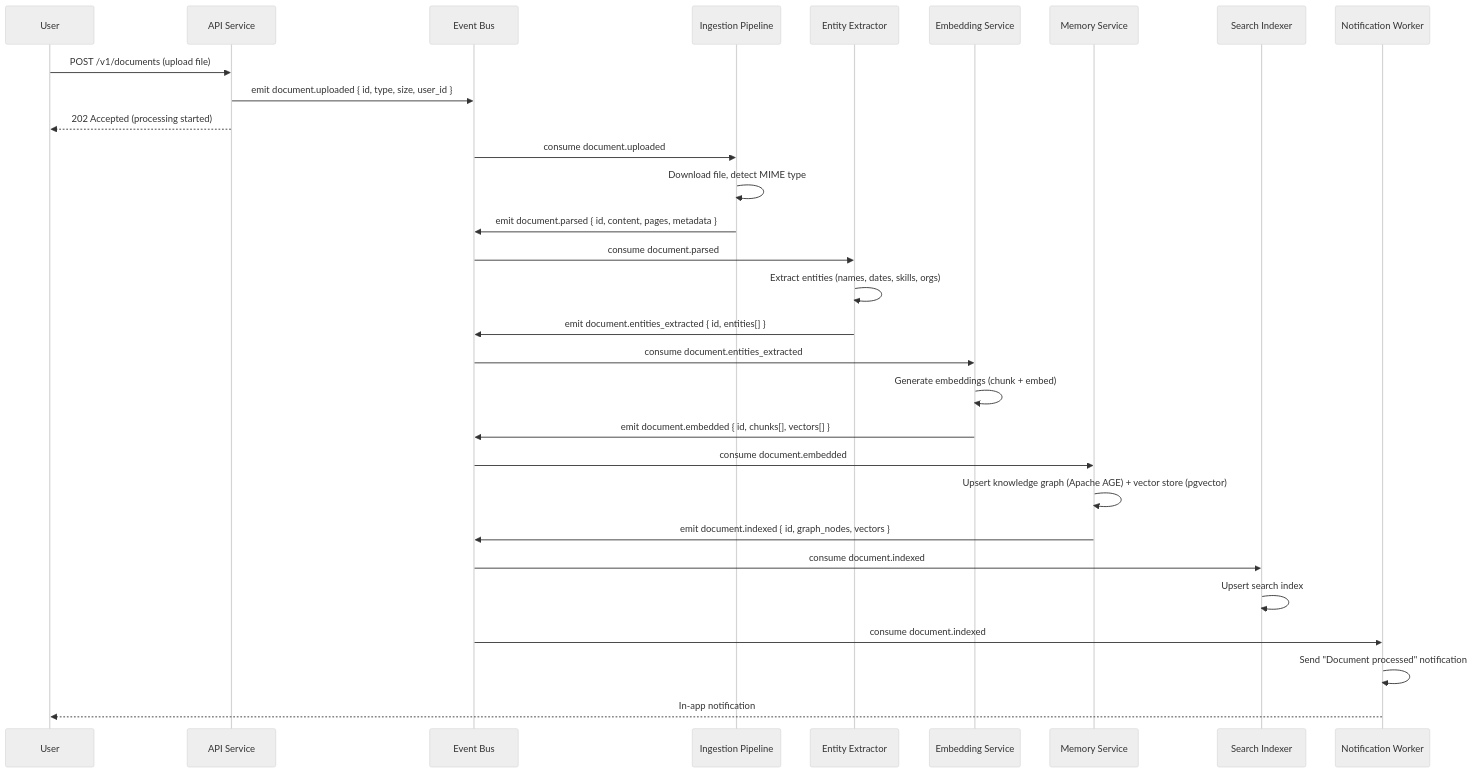
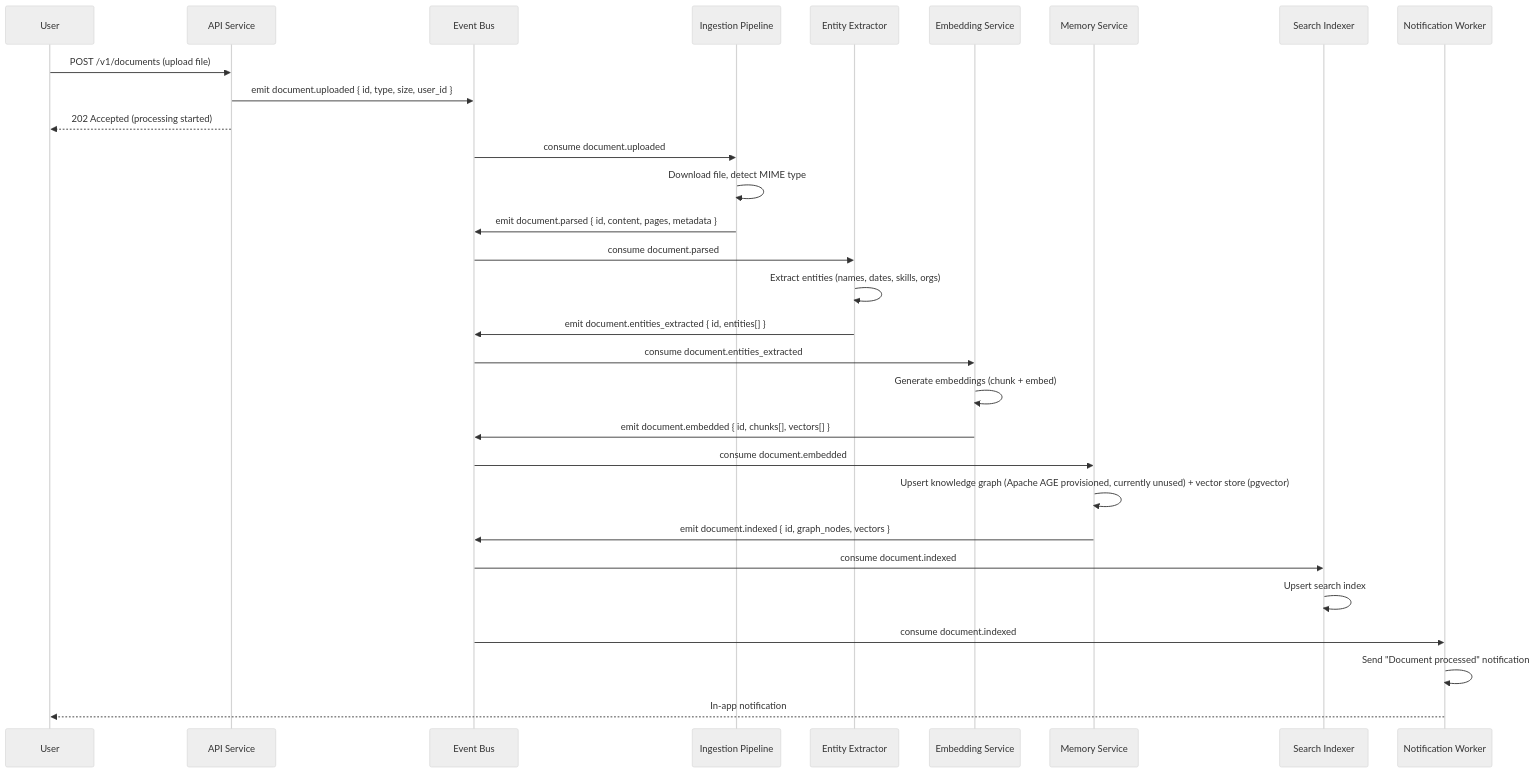
One commit to Driftloom/Vaeloom changed the second of 4 diagrams in docs/architecture/Event-Flow.md. Above: the diagram before and after it, drawn with Mermaid (neutral theme). The commit also changed other lines of this file and 159 other files, not shown here.

````diff
--- a/docs/architecture/Event-Flow.md
+++ b/docs/architecture/Event-Flow.md
@@ -81,39 +97,39 @@
 ```mermaid
 sequenceDiagram
     participant U as User
     participant API as API Service
     participant STREAM as Event Bus
     participant INGEST as Ingestion Pipeline
     participant EXTRACT as Entity Extractor
     participant EMBED as Embedding Service
     participant MEMORY as Memory Service
     participant SEARCH as Search Indexer
     participant NOTIF as Notification Worker
 
     U->>API: POST /v1/documents (upload file)
     API->>STREAM: emit document.uploaded { id, type, size, user_id }
     API-->>U: 202 Accepted (processing started)
 
     STREAM->>INGEST: consume document.uploaded
     INGEST->>INGEST: Download file, detect MIME type
     INGEST->>STREAM: emit document.parsed { id, content, pages, metadata }
 
     STREAM->>EXTRACT: consume document.parsed
     EXTRACT->>EXTRACT: Extract entities (names, dates, skills, orgs)
     EXTRACT->>STREAM: emit document.entities_extracted { id, entities[] }
 
     STREAM->>EMBED: consume document.entities_extracted
     EMBED->>EMBED: Generate embeddings (chunk + embed)
     EMBED->>STREAM: emit document.embedded { id, chunks[], vectors[] }
 
     STREAM->>MEMORY: consume document.embedded
-    MEMORY->>MEMORY: Upsert knowledge graph (Apache AGE) + vector store (pgvector)
+    MEMORY->>MEMORY: Upsert knowledge graph (Apache AGE provisioned, currently unused) + vector store (pgvector)
     MEMORY->>STREAM: emit document.indexed { id, graph_nodes, vectors }
 
     STREAM->>SEARCH: consume document.indexed
     SEARCH->>SEARCH: Upsert search index
 
     STREAM->>NOTIF: consume document.indexed
     NOTIF->>NOTIF: Send "Document processed" notification
     NOTIF-->>U: In-app notification
 ```
````
